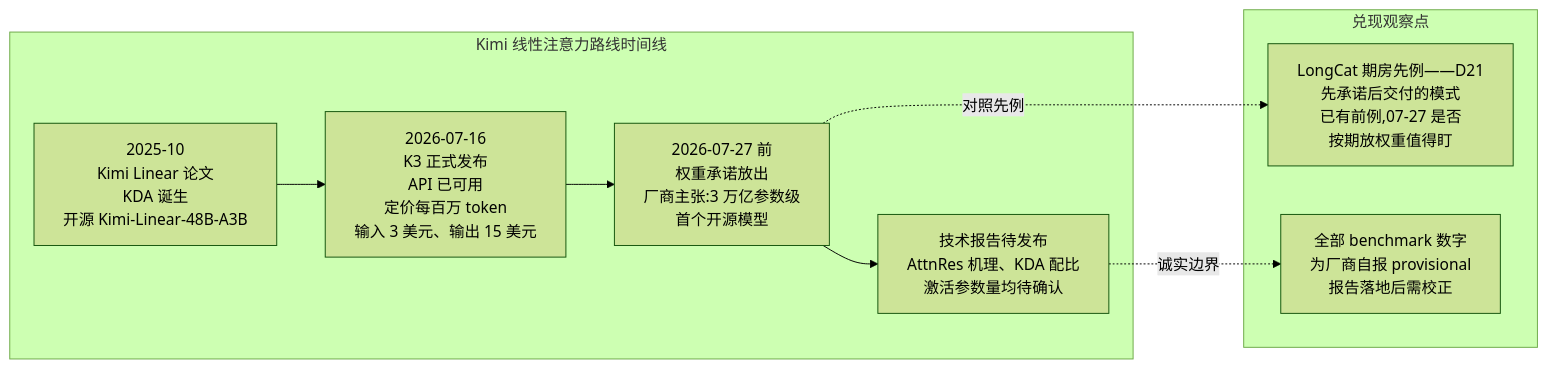
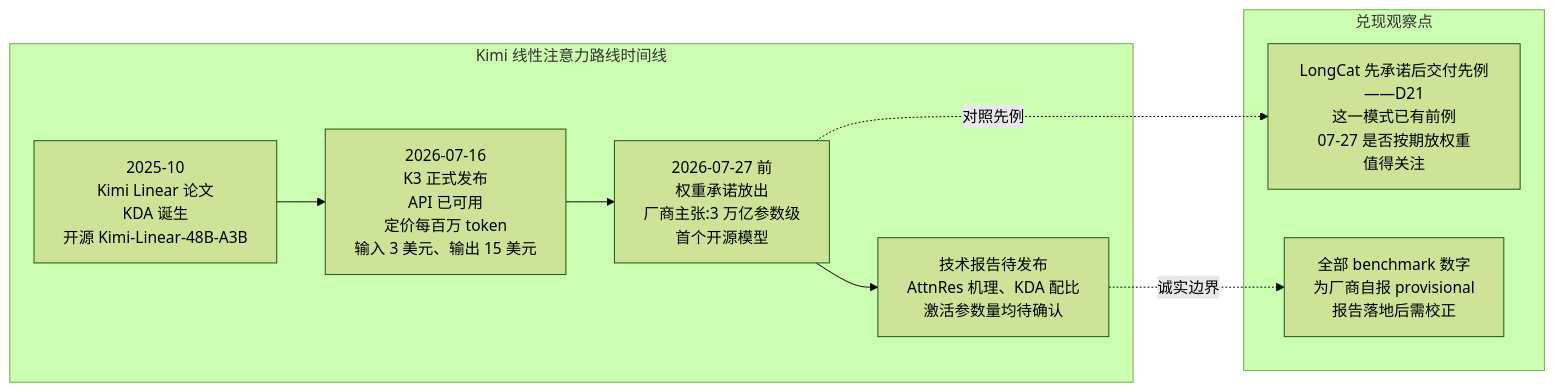
Before and after one commit to lloo099/mission44: the first of 4 diagrams in docs/blog/dispatch-24-kimi-k3.md, drawn with Mermaid (forest theme). The commit also changed other lines of this file and 22 other files, not shown here.

````diff
--- a/docs/blog/dispatch-24-kimi-k3.md
+++ b/docs/blog/dispatch-24-kimi-k3.md
@@ -26,14 +26,14 @@
 ```mermaid
 flowchart LR
     subgraph TL ["Kimi 线性注意力路线时间线"]
         T1["2025-10<br/>Kimi Linear 论文<br/>KDA 诞生<br/>开源 Kimi-Linear-48B-A3B"] --> T2["2026-07-16<br/>K3 正式发布<br/>API 已可用<br/>定价每百万 token<br/>输入 3 美元、输出 15 美元"]
         T2 --> T3["2026-07-27 前<br/>权重承诺放出<br/>厂商主张:3 万亿参数级<br/>首个开源模型"]
         T3 --> T4["技术报告待发布<br/>AttnRes 机理、KDA 配比<br/>激活参数量均待确认"]
     end
     subgraph NOTE ["兑现观察点"]
-        N1["LongCat 期房先例——D21<br/>先承诺后交付的模式<br/>已有前例,07-27 是否<br/>按期放权重值得盯"]
+        N1["LongCat 先承诺后交付先例——D21<br/>这一模式已有前例<br/>07-27 是否按期放权重<br/>值得关注"]
         N2["全部 benchmark 数字<br/>为厂商自报 provisional<br/>报告落地后需校正"]
     end
     T3 -. "对照先例" .-> N1
     T4 -. "诚实边界" .-> N2
 ```
````
